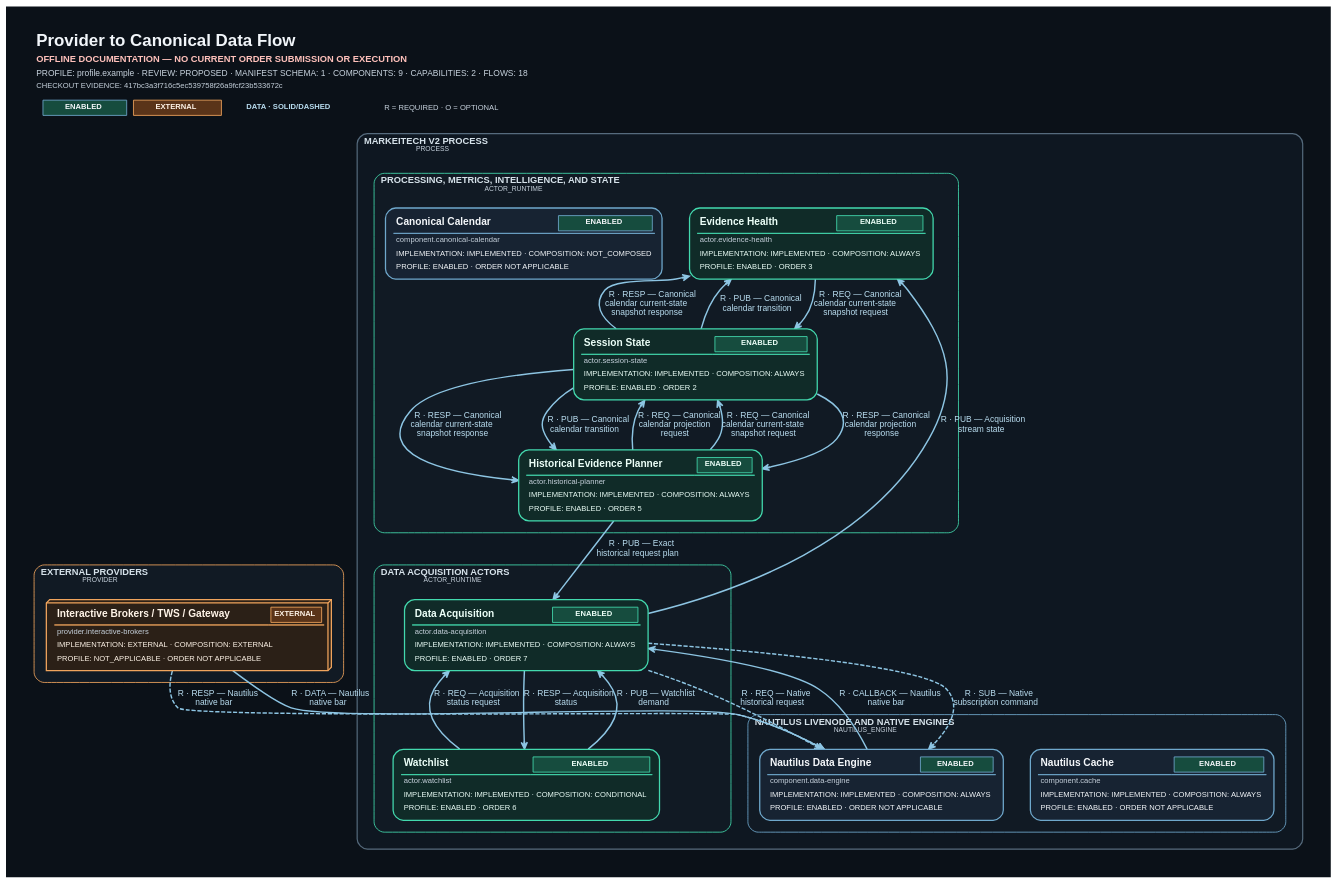
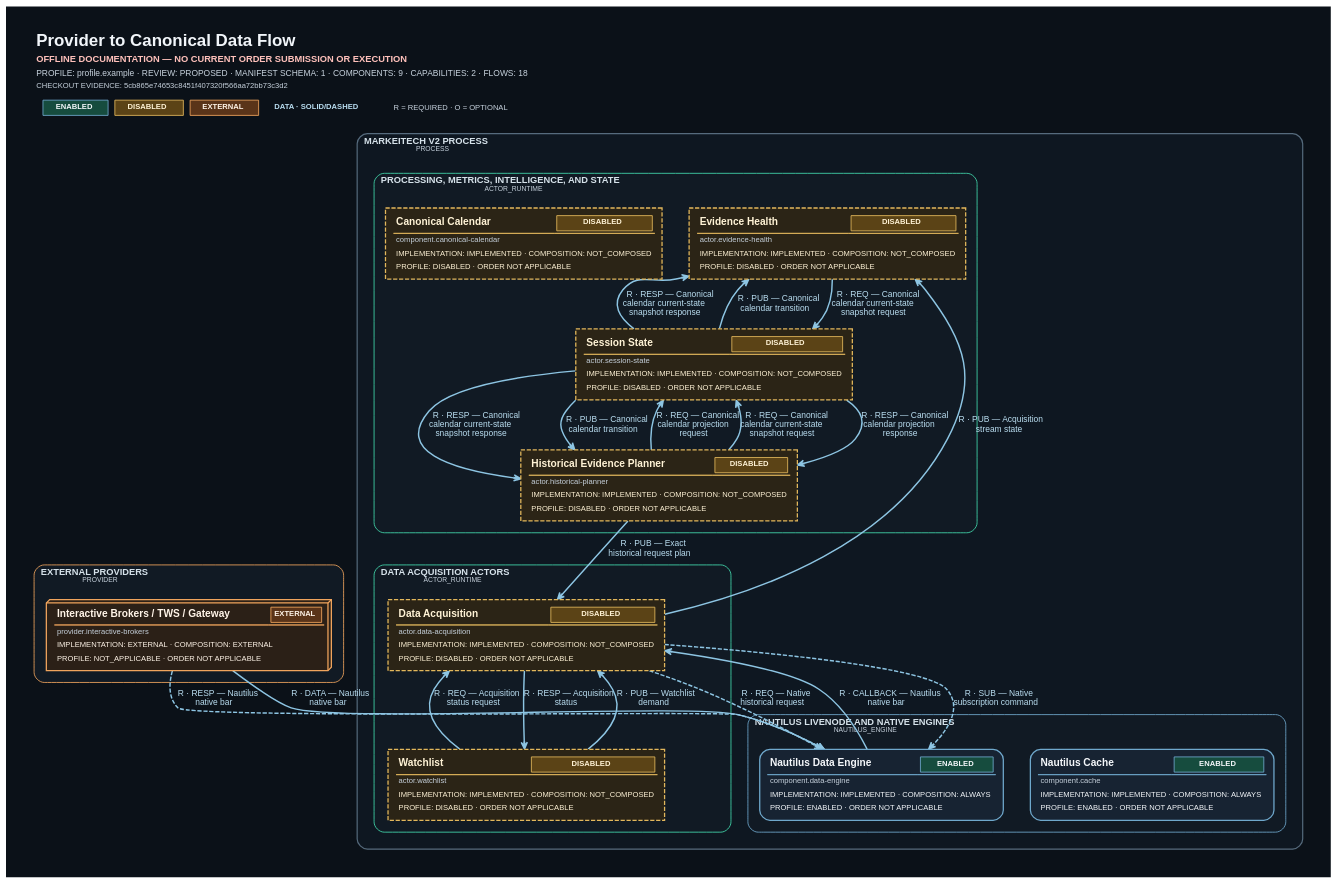
The diagram in tools/system-diagram/docs/generated/provider-canonical-data.dot (ShriekinNinja/Markeitech_V2), drawn with Graphviz before and after one commit. The commit also changed 31 other files, not shown here.

First line of the commit message:
Align documentation with active actor composition

```diff
--- a/tools/system-diagram/docs/generated/provider-canonical-data.dot
+++ b/tools/system-diagram/docs/generated/provider-canonical-data.dot
@@ -1,20 +1,20 @@
 digraph "Provider to Canonical Data Flow" {
-	graph [bgcolor="#0B1118" fontcolor="#F2F6FA" fontname=Helvetica fontsize=18 forcelabels=true label=<<TABLE BORDER="0" CELLBORDER="0" CELLSPACING="0" CELLPADDING="2"><TR><TD ALIGN="LEFT"><FONT COLOR="#F2F6FA" POINT-SIZE="20"><B>Provider to Canonical Data Flow</B></FONT></TD></TR><TR><TD ALIGN="LEFT"><FONT COLOR="#FFC1BB" POINT-SIZE="11"><B>OFFLINE DOCUMENTATION &#8212; NO CURRENT ORDER SUBMISSION OR EXECUTION</B></FONT></TD></TR><TR><TD ALIGN="LEFT"><FONT COLOR="#C7D2DD" POINT-SIZE="10">PROFILE: profile.example &#183; REVIEW: PROPOSED &#183; MANIFEST SCHEMA: 1 &#183; COMPONENTS: 9 &#183; CAPABILITIES: 2 &#183; FLOWS: 18</FONT></TD></TR><TR><TD ALIGN="LEFT"><FONT COLOR="#C7D2DD" POINT-SIZE="9">CHECKOUT EVIDENCE: 417bc3a3f716c5ec539758f26a9fcf23b533672c</FONT></TD></TR><TR><TD ALIGN="LEFT"><TABLE BORDER="0" CELLBORDER="0" CELLSPACING="8" CELLPADDING="0"><TR><TD><TABLE BORDER="1" CELLBORDER="0" CELLSPACING="0" CELLPADDING="3" COLOR="#6FA8CC" BGCOLOR="#164C3E"><TR><TD><FONT COLOR="#F4F7FA" POINT-SIZE="9"><B>ENABLED</B></FONT></TD></TR></TABLE></TD><TD><TABLE BORDER="1" CELLBORDER="0" CELLSPACING="0" CELLPADDING="3" COLOR="#F0A45D" BGCOLOR="#5A3419"><TR><TD><FONT COLOR="#FFF4E8" POINT-SIZE="9"><B>EXTERNAL</B></FONT></TD></TR></TABLE></TD><TD><FONT COLOR="#B9DDF0" POINT-SIZE="9"><B>DATA · SOLID/DASHED</B></FONT></TD><TD><FONT COLOR="#C7D2DD" POINT-SIZE="9">R = REQUIRED &#183; O = OPTIONAL</FONT></TD></TR></TABLE></TD></TR></TABLE>> labeljust=l labelloc=t margin=0.15 nodesep=0.45 outputorder=edgesfirst overlap=false pack=true packmode="graph" pad=0.35 rankdir=TB ranksep=0.35 splines=spline]
+	graph [bgcolor="#0B1118" fontcolor="#F2F6FA" fontname=Helvetica fontsize=18 forcelabels=true label=<<TABLE BORDER="0" CELLBORDER="0" CELLSPACING="0" CELLPADDING="2"><TR><TD ALIGN="LEFT"><FONT COLOR="#F2F6FA" POINT-SIZE="20"><B>Provider to Canonical Data Flow</B></FONT></TD></TR><TR><TD ALIGN="LEFT"><FONT COLOR="#FFC1BB" POINT-SIZE="11"><B>OFFLINE DOCUMENTATION &#8212; NO CURRENT ORDER SUBMISSION OR EXECUTION</B></FONT></TD></TR><TR><TD ALIGN="LEFT"><FONT COLOR="#C7D2DD" POINT-SIZE="10">PROFILE: profile.example &#183; REVIEW: PROPOSED &#183; MANIFEST SCHEMA: 1 &#183; COMPONENTS: 9 &#183; CAPABILITIES: 2 &#183; FLOWS: 18</FONT></TD></TR><TR><TD ALIGN="LEFT"><FONT COLOR="#C7D2DD" POINT-SIZE="9">CHECKOUT EVIDENCE: 5cb865e74653c8451f407320f566aa72bb73c3d2</FONT></TD></TR><TR><TD ALIGN="LEFT"><TABLE BORDER="0" CELLBORDER="0" CELLSPACING="8" CELLPADDING="0"><TR><TD><TABLE BORDER="1" CELLBORDER="0" CELLSPACING="0" CELLPADDING="3" COLOR="#6FA8CC" BGCOLOR="#164C3E"><TR><TD><FONT COLOR="#F4F7FA" POINT-SIZE="9"><B>ENABLED</B></FONT></TD></TR></TABLE></TD><TD><TABLE BORDER="1" CELLBORDER="0" CELLSPACING="0" CELLPADDING="3" COLOR="#E2B75C" BGCOLOR="#5B4316"><TR><TD><FONT COLOR="#FFF3D6" POINT-SIZE="9"><B>DISABLED</B></FONT></TD></TR></TABLE></TD><TD><TABLE BORDER="1" CELLBORDER="0" CELLSPACING="0" CELLPADDING="3" COLOR="#F0A45D" BGCOLOR="#5A3419"><TR><TD><FONT COLOR="#FFF4E8" POINT-SIZE="9"><B>EXTERNAL</B></FONT></TD></TR></TABLE></TD><TD><FONT COLOR="#B9DDF0" POINT-SIZE="9"><B>DATA · SOLID/DASHED</B></FONT></TD><TD><FONT COLOR="#C7D2DD" POINT-SIZE="9">R = REQUIRED &#183; O = OPTIONAL</FONT></TD></TR></TABLE></TD></TR></TABLE>> labeljust=l labelloc=t margin=0.15 nodesep=0.45 outputorder=edgesfirst overlap=false pack=true packmode="graph" pad=0.35 rankdir=TB ranksep=0.35 splines=spline]
 	node [fixedsize=false fontcolor="#F4F7FA" fontname=Helvetica fontsize=10 height=0.9 imagescale=true labelloc=b margin="0.12,0.08" shape=box style=rounded width=2.2]
 	edge [arrowsize=0.8 color="#8DC5E3" fontcolor="#B9DDF0" fontname=Helvetica fontsize=9]
 	subgraph "cluster_Markeitech V2 process" {
 		graph [bgcolor="#0E1721" color="#566B7D" fontcolor="#D6E2EA" fontname=Helvetica fontsize=11 id="boundary.process" label=<<FONT COLOR="#D6E2EA" POINT-SIZE="11"><B>MARKEITECH V2 PROCESS</B></FONT><BR ALIGN="LEFT"/><FONT COLOR="#C7D2DD" POINT-SIZE="8">PROCESS</FONT>> labeljust=l margin=20 pencolor="#566B7D" penwidth=1.4 rankdir=LR shape=box style=rounded]
 		subgraph "cluster_Data acquisition actors" {
 			graph [bgcolor="#111A24" color="#43D9AE" fontcolor="#D6E2EA" fontname=Helvetica fontsize=11 id="boundary.acquisition" label=<<FONT COLOR="#D6E2EA" POINT-SIZE="11"><B>DATA ACQUISITION ACTORS</B></FONT><BR ALIGN="LEFT"/><FONT COLOR="#C7D2DD" POINT-SIZE="8">ACTOR_RUNTIME</FONT>> labeljust=l margin=14 pencolor="#43D9AE" penwidth=1.0 rankdir=LR shape=box style=rounded]
-			"actor.data-acquisition" [label=<<TABLE BORDER="0" CELLBORDER="0" CELLSPACING="0" CELLPADDING="3"><TR><TD ALIGN="LEFT"><FONT COLOR="#ECFFF8" POINT-SIZE="12"><B>Data Acquisition</B></FONT></TD><TD ALIGN="RIGHT"><TABLE BORDER="1" CELLBORDER="0" CELLSPACING="0" CELLPADDING="3" COLOR="#43D9AE" BGCOLOR="#164C3E"><TR><TD><FONT COLOR="#ECFFF8" POINT-SIZE="9"><B>ENABLED</B></FONT></TD></TR></TABLE></TD></TR><HR/><TR><TD COLSPAN="2" ALIGN="LEFT"><FONT COLOR="#C7D2DD" POINT-SIZE="9">actor.data-acquisition</FONT></TD></TR><TR><TD COLSPAN="2" ALIGN="LEFT"><FONT COLOR="#ECFFF8" POINT-SIZE="9">IMPLEMENTATION: IMPLEMENTED &#183; COMPOSITION: ALWAYS</FONT></TD></TR><TR><TD COLSPAN="2" ALIGN="LEFT"><FONT COLOR="#ECFFF8" POINT-SIZE="9">PROFILE: ENABLED &#183; ORDER 7</FONT></TD></TR></TABLE>> color="#43D9AE" fillcolor="#102B28" fixedsize=false fontcolor="#ECFFF8" group="boundary.acquisition" height=0.82 id="actor.data-acquisition" labelloc=c margin="0.12,0.09" penwidth=1.5 shape=box style="rounded,filled" tooltip="actor.data-acquisition" width=2.7]
-			"actor.watchlist" [label=<<TABLE BORDER="0" CELLBORDER="0" CELLSPACING="0" CELLPADDING="3"><TR><TD ALIGN="LEFT"><FONT COLOR="#ECFFF8" POINT-SIZE="12"><B>Watchlist</B></FONT></TD><TD ALIGN="RIGHT"><TABLE BORDER="1" CELLBORDER="0" CELLSPACING="0" CELLPADDING="3" COLOR="#43D9AE" BGCOLOR="#164C3E"><TR><TD><FONT COLOR="#ECFFF8" POINT-SIZE="9"><B>ENABLED</B></FONT></TD></TR></TABLE></TD></TR><HR/><TR><TD COLSPAN="2" ALIGN="LEFT"><FONT COLOR="#C7D2DD" POINT-SIZE="9">actor.watchlist</FONT></TD></TR><TR><TD COLSPAN="2" ALIGN="LEFT"><FONT COLOR="#ECFFF8" POINT-SIZE="9">IMPLEMENTATION: IMPLEMENTED &#183; COMPOSITION: CONDITIONAL</FONT></TD></TR><TR><TD COLSPAN="2" ALIGN="LEFT"><FONT COLOR="#ECFFF8" POINT-SIZE="9">PROFILE: ENABLED &#183; ORDER 6</FONT></TD></TR></TABLE>> color="#43D9AE" fillcolor="#102B28" fixedsize=false fontcolor="#ECFFF8" group="boundary.acquisition" height=0.82 id="actor.watchlist" labelloc=c margin="0.12,0.09" penwidth=1.5 shape=box style="rounded,filled" tooltip="actor.watchlist" width=2.7]
+			"actor.data-acquisition" [label=<<TABLE BORDER="0" CELLBORDER="0" CELLSPACING="0" CELLPADDING="3"><TR><TD ALIGN="LEFT"><FONT COLOR="#FFF3D6" POINT-SIZE="12"><B>Data Acquisition</B></FONT></TD><TD ALIGN="RIGHT"><TABLE BORDER="1" CELLBORDER="0" CELLSPACING="0" CELLPADDING="3" COLOR="#E2B75C" BGCOLOR="#5B4316"><TR><TD><FONT COLOR="#FFF3D6" POINT-SIZE="9"><B>DISABLED</B></FONT></TD></TR></TABLE></TD></TR><HR/><TR><TD COLSPAN="2" ALIGN="LEFT"><FONT COLOR="#C7D2DD" POINT-SIZE="9">actor.data-acquisition</FONT></TD></TR><TR><TD COLSPAN="2" ALIGN="LEFT"><FONT COLOR="#FFF3D6" POINT-SIZE="9">IMPLEMENTATION: IMPLEMENTED &#183; COMPOSITION: NOT_COMPOSED</FONT></TD></TR><TR><TD COLSPAN="2" ALIGN="LEFT"><FONT COLOR="#FFF3D6" POINT-SIZE="9">PROFILE: DISABLED &#183; ORDER NOT APPLICABLE</FONT></TD></TR></TABLE>> color="#E2B75C" fillcolor="#2B2416" fixedsize=false fontcolor="#FFF3D6" group="boundary.acquisition" height=0.82 id="actor.data-acquisition" labelloc=c margin="0.12,0.09" penwidth=1.5 shape=box style="dashed,filled" tooltip="actor.data-acquisition" width=2.7]
+			"actor.watchlist" [label=<<TABLE BORDER="0" CELLBORDER="0" CELLSPACING="0" CELLPADDING="3"><TR><TD ALIGN="LEFT"><FONT COLOR="#FFF3D6" POINT-SIZE="12"><B>Watchlist</B></FONT></TD><TD ALIGN="RIGHT"><TABLE BORDER="1" CELLBORDER="0" CELLSPACING="0" CELLPADDING="3" COLOR="#E2B75C" BGCOLOR="#5B4316"><TR><TD><FONT COLOR="#FFF3D6" POINT-SIZE="9"><B>DISABLED</B></FONT></TD></TR></TABLE></TD></TR><HR/><TR><TD COLSPAN="2" ALIGN="LEFT"><FONT COLOR="#C7D2DD" POINT-SIZE="9">actor.watchlist</FONT></TD></TR><TR><TD COLSPAN="2" ALIGN="LEFT"><FONT COLOR="#FFF3D6" POINT-SIZE="9">IMPLEMENTATION: IMPLEMENTED &#183; COMPOSITION: NOT_COMPOSED</FONT></TD></TR><TR><TD COLSPAN="2" ALIGN="LEFT"><FONT COLOR="#FFF3D6" POINT-SIZE="9">PROFILE: DISABLED &#183; ORDER NOT APPLICABLE</FONT></TD></TR></TABLE>> color="#E2B75C" fillcolor="#2B2416" fixedsize=false fontcolor="#FFF3D6" group="boundary.acquisition" height=0.82 id="actor.watchlist" labelloc=c margin="0.12,0.09" penwidth=1.5 shape=box style="dashed,filled" tooltip="actor.watchlist" width=2.7]
 		}
 		subgraph "cluster_Processing, metrics, intelligence, and state" {
 			graph [bgcolor="#111A24" color="#43D9AE" fontcolor="#D6E2EA" fontname=Helvetica fontsize=11 id="boundary.intelligence" label=<<FONT COLOR="#D6E2EA" POINT-SIZE="11"><B>PROCESSING, METRICS, INTELLIGENCE, AND STATE</B></FONT><BR ALIGN="LEFT"/><FONT COLOR="#C7D2DD" POINT-SIZE="8">ACTOR_RUNTIME</FONT>> labeljust=l margin=14 pencolor="#43D9AE" penwidth=1.0 rankdir=LR shape=box style=rounded]
-			"actor.evidence-health" [label=<<TABLE BORDER="0" CELLBORDER="0" CELLSPACING="0" CELLPADDING="3"><TR><TD ALIGN="LEFT"><FONT COLOR="#ECFFF8" POINT-SIZE="12"><B>Evidence Health</B></FONT></TD><TD ALIGN="RIGHT"><TABLE BORDER="1" CELLBORDER="0" CELLSPACING="0" CELLPADDING="3" COLOR="#43D9AE" BGCOLOR="#164C3E"><TR><TD><FONT COLOR="#ECFFF8" POINT-SIZE="9"><B>ENABLED</B></FONT></TD></TR></TABLE></TD></TR><HR/><TR><TD COLSPAN="2" ALIGN="LEFT"><FONT COLOR="#C7D2DD" POINT-SIZE="9">actor.evidence-health</FONT></TD></TR><TR><TD COLSPAN="2" ALIGN="LEFT"><FONT COLOR="#ECFFF8" POINT-SIZE="9">IMPLEMENTATION: IMPLEMENTED &#183; COMPOSITION: ALWAYS</FONT></TD></TR><TR><TD COLSPAN="2" ALIGN="LEFT"><FONT COLOR="#ECFFF8" POINT-SIZE="9">PROFILE: ENABLED &#183; ORDER 3</FONT></TD></TR></TABLE>> color="#43D9AE" fillcolor="#102B28" fixedsize=false fontcolor="#ECFFF8" group="boundary.intelligence" height=0.82 id="actor.evidence-health" labelloc=c margin="0.12,0.09" penwidth=1.5 shape=box style="rounded,filled" tooltip="actor.evidence-health" width=2.7]
-			"actor.historical-planner" [label=<<TABLE BORDER="0" CELLBORDER="0" CELLSPACING="0" CELLPADDING="3"><TR><TD ALIGN="LEFT"><FONT COLOR="#ECFFF8" POINT-SIZE="12"><B>Historical Evidence Planner</B></FONT></TD><TD ALIGN="RIGHT"><TABLE BORDER="1" CELLBORDER="0" CELLSPACING="0" CELLPADDING="3" COLOR="#43D9AE" BGCOLOR="#164C3E"><TR><TD><FONT COLOR="#ECFFF8" POINT-SIZE="9"><B>ENABLED</B></FONT></TD></TR></TABLE></TD></TR><HR/><TR><TD COLSPAN="2" ALIGN="LEFT"><FONT COLOR="#C7D2DD" POINT-SIZE="9">actor.historical-planner</FONT></TD></TR><TR><TD COLSPAN="2" ALIGN="LEFT"><FONT COLOR="#ECFFF8" POINT-SIZE="9">IMPLEMENTATION: IMPLEMENTED &#183; COMPOSITION: ALWAYS</FONT></TD></TR><TR><TD COLSPAN="2" ALIGN="LEFT"><FONT COLOR="#ECFFF8" POINT-SIZE="9">PROFILE: ENABLED &#183; ORDER 5</FONT></TD></TR></TABLE>> color="#43D9AE" fillcolor="#102B28" fixedsize=false fontcolor="#ECFFF8" group="boundary.intelligence" height=0.82 id="actor.historical-planner" labelloc=c margin="0.12,0.09" penwidth=1.5 shape=box style="rounded,filled" tooltip="actor.historical-planner" width=2.7]
-			"actor.session-state" [label=<<TABLE BORDER="0" CELLBORDER="0" CELLSPACING="0" CELLPADDING="3"><TR><TD ALIGN="LEFT"><FONT COLOR="#ECFFF8" POINT-SIZE="12"><B>Session State</B></FONT></TD><TD ALIGN="RIGHT"><TABLE BORDER="1" CELLBORDER="0" CELLSPACING="0" CELLPADDING="3" COLOR="#43D9AE" BGCOLOR="#164C3E"><TR><TD><FONT COLOR="#ECFFF8" POINT-SIZE="9"><B>ENABLED</B></FONT></TD></TR></TABLE></TD></TR><HR/><TR><TD COLSPAN="2" ALIGN="LEFT"><FONT COLOR="#C7D2DD" POINT-SIZE="9">actor.session-state</FONT></TD></TR><TR><TD COLSPAN="2" ALIGN="LEFT"><FONT COLOR="#ECFFF8" POINT-SIZE="9">IMPLEMENTATION: IMPLEMENTED &#183; COMPOSITION: ALWAYS</FONT></TD></TR><TR><TD COLSPAN="2" ALIGN="LEFT"><FONT COLOR="#ECFFF8" POINT-SIZE="9">PROFILE: ENABLED &#183; ORDER 2</FONT></TD></TR></TABLE>> color="#43D9AE" fillcolor="#102B28" fixedsize=false fontcolor="#ECFFF8" group="boundary.intelligence" height=0.82 id="actor.session-state" labelloc=c margin="0.12,0.09" penwidth=1.5 shape=box style="rounded,filled" tooltip="actor.session-state" width=2.7]
-			"component.canonical-calendar" [label=<<TABLE BORDER="0" CELLBORDER="0" CELLSPACING="0" CELLPADDING="3"><TR><TD ALIGN="LEFT"><FONT COLOR="#F4F7FA" POINT-SIZE="12"><B>Canonical Calendar</B></FONT></TD><TD ALIGN="RIGHT"><TABLE BORDER="1" CELLBORDER="0" CELLSPACING="0" CELLPADDING="3" COLOR="#6FA8CC" BGCOLOR="#164C3E"><TR><TD><FONT COLOR="#F4F7FA" POINT-SIZE="9"><B>ENABLED</B></FONT></TD></TR></TABLE></TD></TR><HR/><TR><TD COLSPAN="2" ALIGN="LEFT"><FONT COLOR="#C7D2DD" POINT-SIZE="9">component.canonical-calendar</FONT></TD></TR><TR><TD COLSPAN="2" ALIGN="LEFT"><FONT COLOR="#F4F7FA" POINT-SIZE="9">IMPLEMENTATION: IMPLEMENTED &#183; COMPOSITION: NOT_COMPOSED</FONT></TD></TR><TR><TD COLSPAN="2" ALIGN="LEFT"><FONT COLOR="#F4F7FA" POINT-SIZE="9">PROFILE: ENABLED &#183; ORDER NOT APPLICABLE</FONT></TD></TR></TABLE>> color="#6FA8CC" fillcolor="#172332" fixedsize=false fontcolor="#F4F7FA" group="boundary.intelligence" height=0.82 id="component.canonical-calendar" labelloc=c margin="0.12,0.09" penwidth=1.5 shape=box style="rounded,filled" tooltip="component.canonical-calendar" width=2.7]
+			"actor.evidence-health" [label=<<TABLE BORDER="0" CELLBORDER="0" CELLSPACING="0" CELLPADDING="3"><TR><TD ALIGN="LEFT"><FONT COLOR="#FFF3D6" POINT-SIZE="12"><B>Evidence Health</B></FONT></TD><TD ALIGN="RIGHT"><TABLE BORDER="1" CELLBORDER="0" CELLSPACING="0" CELLPADDING="3" COLOR="#E2B75C" BGCOLOR="#5B4316"><TR><TD><FONT COLOR="#FFF3D6" POINT-SIZE="9"><B>DISABLED</B></FONT></TD></TR></TABLE></TD></TR><HR/><TR><TD COLSPAN="2" ALIGN="LEFT"><FONT COLOR="#C7D2DD" POINT-SIZE="9">actor.evidence-health</FONT></TD></TR><TR><TD COLSPAN="2" ALIGN="LEFT"><FONT COLOR="#FFF3D6" POINT-SIZE="9">IMPLEMENTATION: IMPLEMENTED &#183; COMPOSITION: NOT_COMPOSED</FONT></TD></TR><TR><TD COLSPAN="2" ALIGN="LEFT"><FONT COLOR="#FFF3D6" POINT-SIZE="9">PROFILE: DISABLED &#183; ORDER NOT APPLICABLE</FONT></TD></TR></TABLE>> color="#E2B75C" fillcolor="#2B2416" fixedsize=false fontcolor="#FFF3D6" group="boundary.intelligence" height=0.82 id="actor.evidence-health" labelloc=c margin="0.12,0.09" penwidth=1.5 shape=box style="dashed,filled" tooltip="actor.evidence-health" width=2.7]
+			"actor.historical-planner" [label=<<TABLE BORDER="0" CELLBORDER="0" CELLSPACING="0" CELLPADDING="3"><TR><TD ALIGN="LEFT"><FONT COLOR="#FFF3D6" POINT-SIZE="12"><B>Historical Evidence Planner</B></FONT></TD><TD ALIGN="RIGHT"><TABLE BORDER="1" CELLBORDER="0" CELLSPACING="0" CELLPADDING="3" COLOR="#E2B75C" BGCOLOR="#5B4316"><TR><TD><FONT COLOR="#FFF3D6" POINT-SIZE="9"><B>DISABLED</B></FONT></TD></TR></TABLE></TD></TR><HR/><TR><TD COLSPAN="2" ALIGN="LEFT"><FONT COLOR="#C7D2DD" POINT-SIZE="9">actor.historical-planner</FONT></TD></TR><TR><TD COLSPAN="2" ALIGN="LEFT"><FONT COLOR="#FFF3D6" POINT-SIZE="9">IMPLEMENTATION: IMPLEMENTED &#183; COMPOSITION: NOT_COMPOSED</FONT></TD></TR><TR><TD COLSPAN="2" ALIGN="LEFT"><FONT COLOR="#FFF3D6" POINT-SIZE="9">PROFILE: DISABLED &#183; ORDER NOT APPLICABLE</FONT></TD></TR></TABLE>> color="#E2B75C" fillcolor="#2B2416" fixedsize=false fontcolor="#FFF3D6" group="boundary.intelligence" height=0.82 id="actor.historical-planner" labelloc=c margin="0.12,0.09" penwidth=1.5 shape=box style="dashed,filled" tooltip="actor.historical-planner" width=2.7]
+			"actor.session-state" [label=<<TABLE BORDER="0" CELLBORDER="0" CELLSPACING="0" CELLPADDING="3"><TR><TD ALIGN="LEFT"><FONT COLOR="#FFF3D6" POINT-SIZE="12"><B>Session State</B></FONT></TD><TD ALIGN="RIGHT"><TABLE BORDER="1" CELLBORDER="0" CELLSPACING="0" CELLPADDING="3" COLOR="#E2B75C" BGCOLOR="#5B4316"><TR><TD><FONT COLOR="#FFF3D6" POINT-SIZE="9"><B>DISABLED</B></FONT></TD></TR></TABLE></TD></TR><HR/><TR><TD COLSPAN="2" ALIGN="LEFT"><FONT COLOR="#C7D2DD" POINT-SIZE="9">actor.session-state</FONT></TD></TR><TR><TD COLSPAN="2" ALIGN="LEFT"><FONT COLOR="#FFF3D6" POINT-SIZE="9">IMPLEMENTATION: IMPLEMENTED &#183; COMPOSITION: NOT_COMPOSED</FONT></TD></TR><TR><TD COLSPAN="2" ALIGN="LEFT"><FONT COLOR="#FFF3D6" POINT-SIZE="9">PROFILE: DISABLED &#183; ORDER NOT APPLICABLE</FONT></TD></TR></TABLE>> color="#E2B75C" fillcolor="#2B2416" fixedsize=false fontcolor="#FFF3D6" group="boundary.intelligence" height=0.82 id="actor.session-state" labelloc=c margin="0.12,0.09" penwidth=1.5 shape=box style="dashed,filled" tooltip="actor.session-state" width=2.7]
+			"component.canonical-calendar" [label=<<TABLE BORDER="0" CELLBORDER="0" CELLSPACING="0" CELLPADDING="3"><TR><TD ALIGN="LEFT"><FONT COLOR="#FFF3D6" POINT-SIZE="12"><B>Canonical Calendar</B></FONT></TD><TD ALIGN="RIGHT"><TABLE BORDER="1" CELLBORDER="0" CELLSPACING="0" CELLPADDING="3" COLOR="#E2B75C" BGCOLOR="#5B4316"><TR><TD><FONT COLOR="#FFF3D6" POINT-SIZE="9"><B>DISABLED</B></FONT></TD></TR></TABLE></TD></TR><HR/><TR><TD COLSPAN="2" ALIGN="LEFT"><FONT COLOR="#C7D2DD" POINT-SIZE="9">component.canonical-calendar</FONT></TD></TR><TR><TD COLSPAN="2" ALIGN="LEFT"><FONT COLOR="#FFF3D6" POINT-SIZE="9">IMPLEMENTATION: IMPLEMENTED &#183; COMPOSITION: NOT_COMPOSED</FONT></TD></TR><TR><TD COLSPAN="2" ALIGN="LEFT"><FONT COLOR="#FFF3D6" POINT-SIZE="9">PROFILE: DISABLED &#183; ORDER NOT APPLICABLE</FONT></TD></TR></TABLE>> color="#E2B75C" fillcolor="#2B2416" fixedsize=false fontcolor="#FFF3D6" group="boundary.intelligence" height=0.82 id="component.canonical-calendar" labelloc=c margin="0.12,0.09" penwidth=1.5 shape=box style="dashed,filled" tooltip="component.canonical-calendar" width=2.7]
 		}
 		subgraph "cluster_Nautilus LiveNode and native engines" {
 			graph [bgcolor="#111A24" color="#6FA8CC" fontcolor="#D6E2EA" fontname=Helvetica fontsize=11 id="boundary.nautilus" label=<<FONT COLOR="#D6E2EA" POINT-SIZE="11"><B>NAUTILUS LIVENODE AND NATIVE ENGINES</B></FONT><BR ALIGN="LEFT"/><FONT COLOR="#C7D2DD" POINT-SIZE="8">NAUTILUS_ENGINE</FONT>> labeljust=l margin=14 pencolor="#6FA8CC" penwidth=1.0 rankdir=LR shape=box style=rounded]
```
